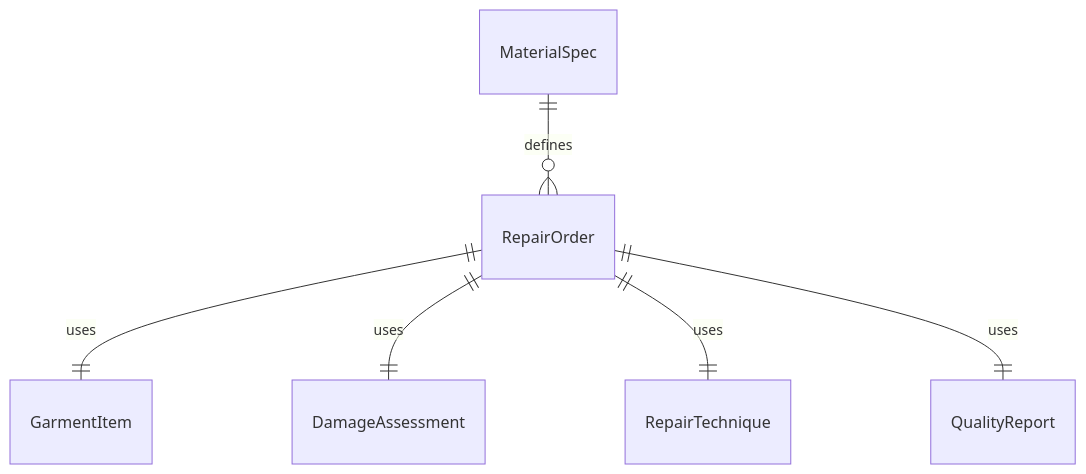
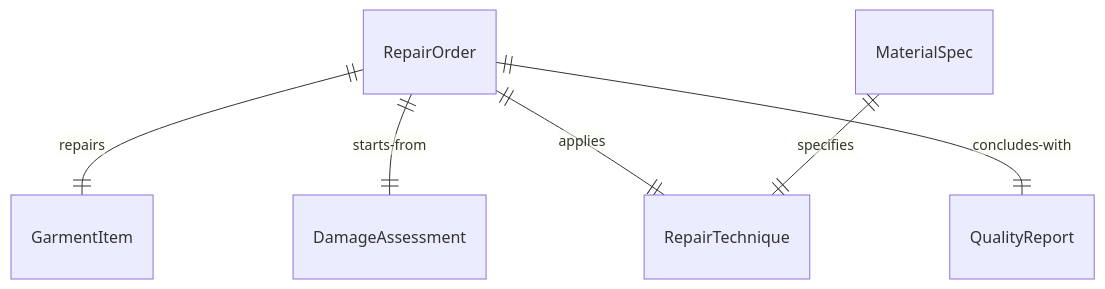
Before and after one commit to dot-org-ai/tasks.org.ai: the first of 4 diagrams in HandlingAndMovingObjects/SewGarmentsOrMaterials/RepairTextilesApparel.mdx, drawn with Mermaid. The commit also changed other lines of this file and 515 other files, not shown here.

````diff
--- a/HandlingAndMovingObjects/SewGarmentsOrMaterials/RepairTextilesApparel.mdx
+++ b/HandlingAndMovingObjects/SewGarmentsOrMaterials/RepairTextilesApparel.mdx
@@ -88,8 +88,8 @@
 ```mermaid
 erDiagram
-    RepairOrder ||--|| GarmentItem : "uses"
-    RepairOrder ||--|| DamageAssessment : "uses"
-    RepairOrder ||--|| RepairTechnique : "uses"
-    MaterialSpec ||--o{ RepairOrder : "defines"
-    RepairOrder ||--|| QualityReport : "uses"
+    RepairOrder ||--|| GarmentItem : "repairs"
+    RepairOrder ||--|| DamageAssessment : "starts-from"
+    RepairOrder ||--|| RepairTechnique : "applies"
+    MaterialSpec ||--|| RepairTechnique : "specifies"
+    RepairOrder ||--|| QualityReport : "concludes-with"
 ```
````
